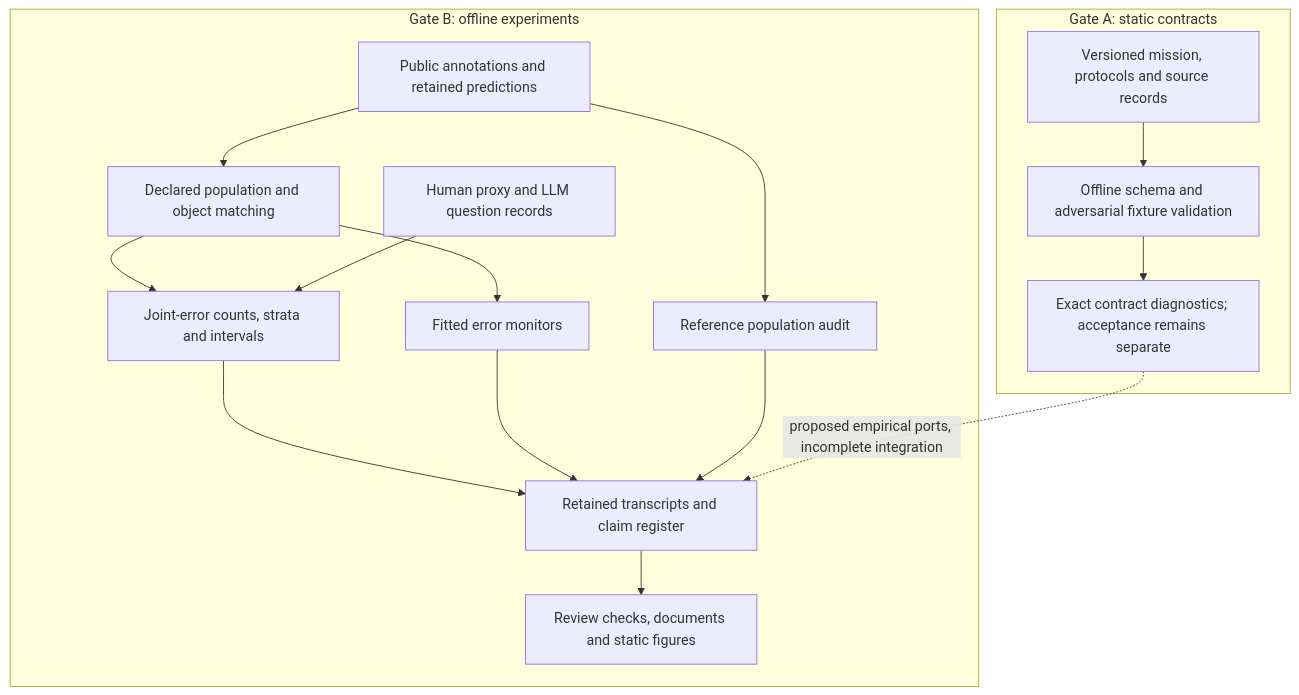
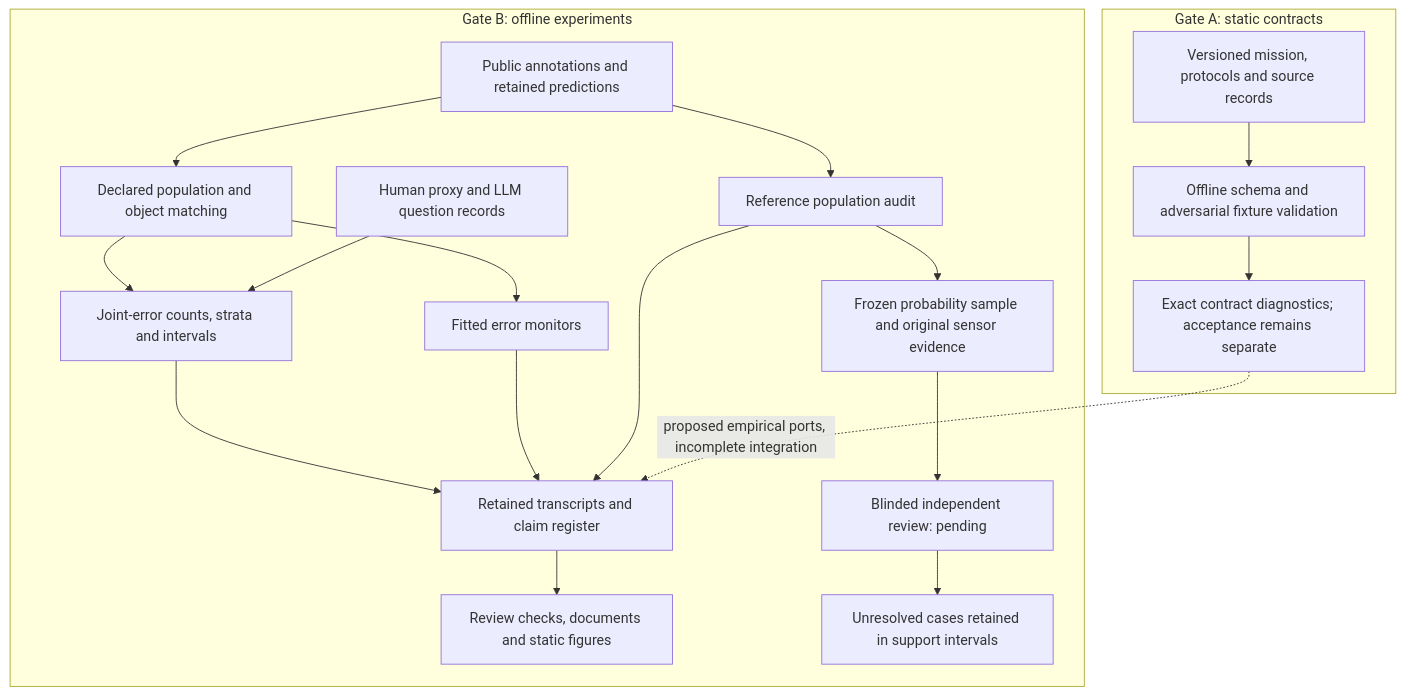
One commit to manfromnowhere143/reiyah changed the first of 2 diagrams in README.md. Above: the diagram before and after it, drawn with Mermaid. The commit also changed other lines of this file and 29 other files, not shown here.

````diff
--- a/README.md
+++ b/README.md
@@ -31,19 +40,22 @@
 ```mermaid
 flowchart TB
   subgraph STATIC["Gate A: static contracts"]
     M["Versioned mission, protocols and source records"] --> V["Offline schema and adversarial fixture validation"]
     V --> C["Exact contract diagnostics; acceptance remains separate"]
   end
   subgraph RESEARCH["Gate B: offline experiments"]
     D["Public annotations and retained predictions"] --> P["Declared population and object matching"]
     P --> J["Joint-error counts, strata and intervals"]
     P --> E["Fitted error monitors"]
     H["Human proxy and LLM question records"] --> J
     J --> T["Retained transcripts and claim register"]
     E --> T
     T --> R["Review checks, documents and static figures"]
     D --> A["Reference population audit"]
     A --> T
+    A --> P2["Frozen probability sample and original sensor evidence"]
+    P2 --> R2["Blinded independent review: pending"]
+    R2 --> U2["Unresolved cases retained in support intervals"]
   end
   C -. "proposed empirical ports, incomplete integration" .-> T
 ```
````
